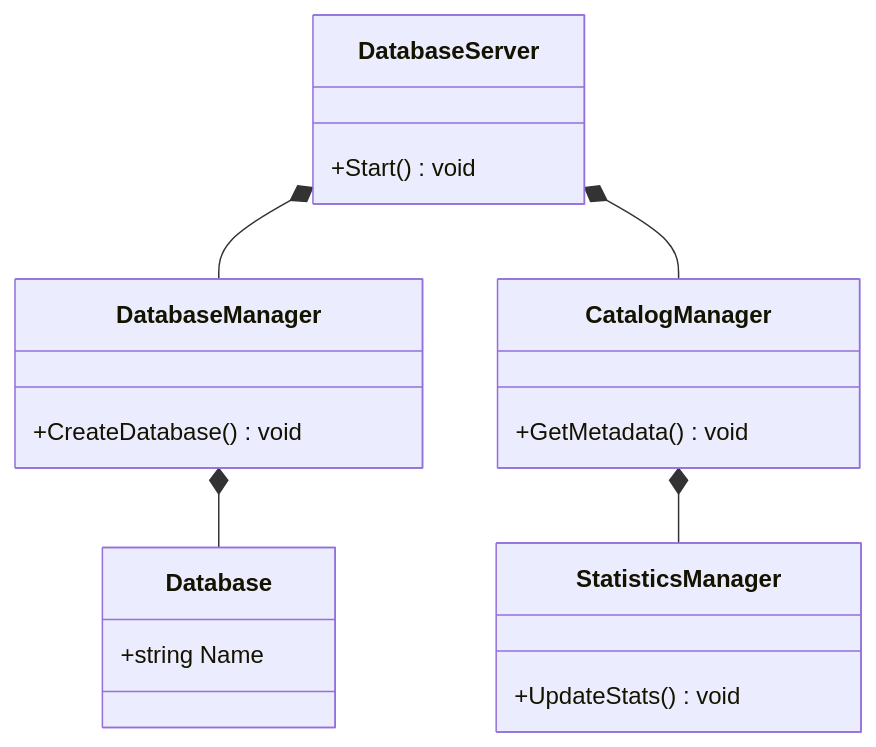
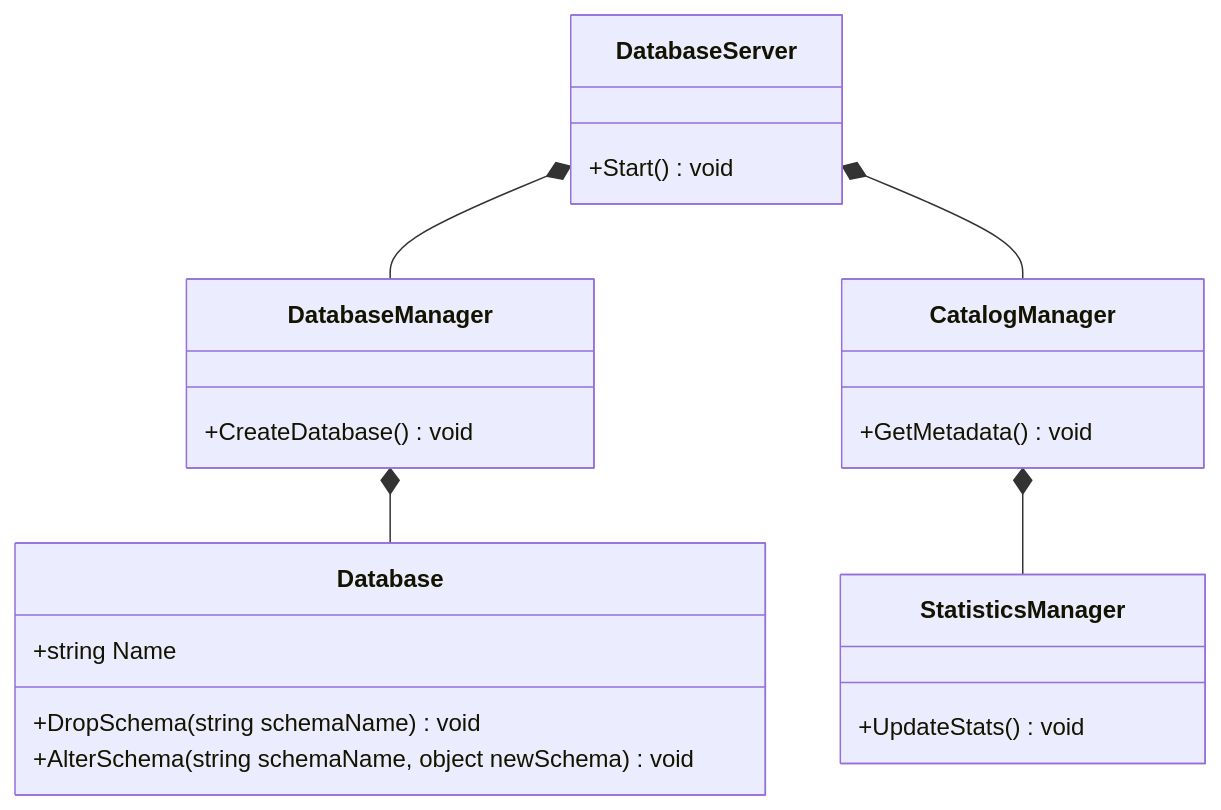
One commit to manaxpow/DBMS changed the eighth of 50 diagrams in README.md. Above: the diagram before and after it, drawn with Mermaid. The commit also changed other lines of this file and 75 other files, not shown here.

````diff
--- a/README.md
+++ b/README.md
@@ -330,24 +335,26 @@
 ```mermaid
 classDiagram
     direction TB
     class DatabaseServer {
         +Start() void
     }
     class DatabaseManager {
         +CreateDatabase() void
     }
     class Database {
         +string Name
+        +DropSchema(string schemaName) void
+        +AlterSchema(string schemaName, object newSchema) void
     }
     class CatalogManager {
         +GetMetadata() void
     }
     class StatisticsManager {
         +UpdateStats() void
     }
 
     DatabaseServer *-- DatabaseManager
     DatabaseServer *-- CatalogManager
     DatabaseManager *-- Database
     CatalogManager *-- StatisticsManager
 ```
````
